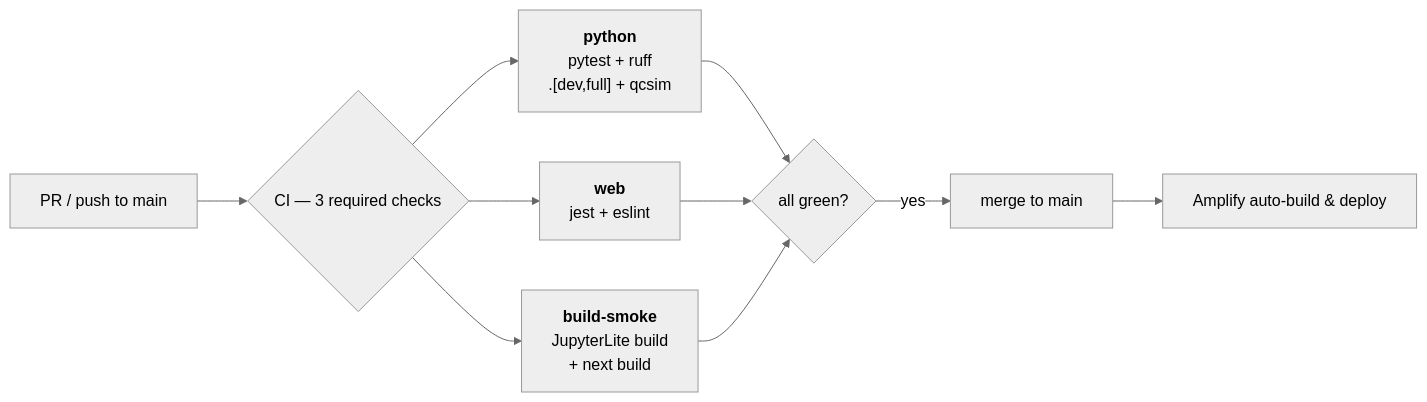
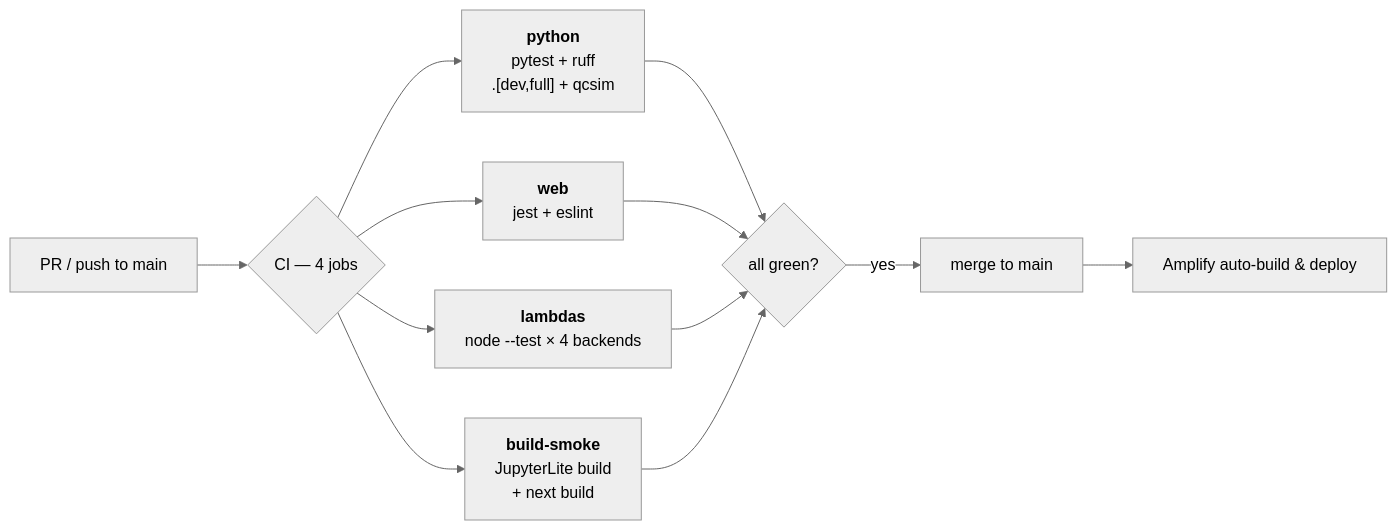
One commit to AltivumInc-Admin/quantum-computing changed the fourth of 5 diagrams in README.md. Above: the diagram before and after it, drawn with Mermaid (neutral theme). The commit also changed other lines of this file and 1 other file, not shown here.

First line of the commit message:
docs: refresh README to match the current repo — lambdas, 4-job CI, real counts (#155)

````diff
--- a/README.md
+++ b/README.md
@@ -465,12 +507,14 @@
 ```mermaid
 flowchart LR
-    pr["PR / push to main"] --> ci{"CI — 3 required checks"}
+    pr["PR / push to main"] --> ci{"CI — 4 jobs"}
     ci --> py["<b>python</b><br/>pytest + ruff<br/>.[dev,full] + qcsim"]
     ci --> wb["<b>web</b><br/>jest + eslint"]
+    ci --> lm["<b>lambdas</b><br/>node --test × 4 backends"]
     ci --> sm["<b>build-smoke</b><br/>JupyterLite build<br/>+ next build"]
     py --> ok{"all green?"}
     wb --> ok
+    lm --> ok
     sm --> ok
     ok -- yes --> merge["merge to main"]
     merge --> amp["Amplify auto-build & deploy"]
 ```
````
